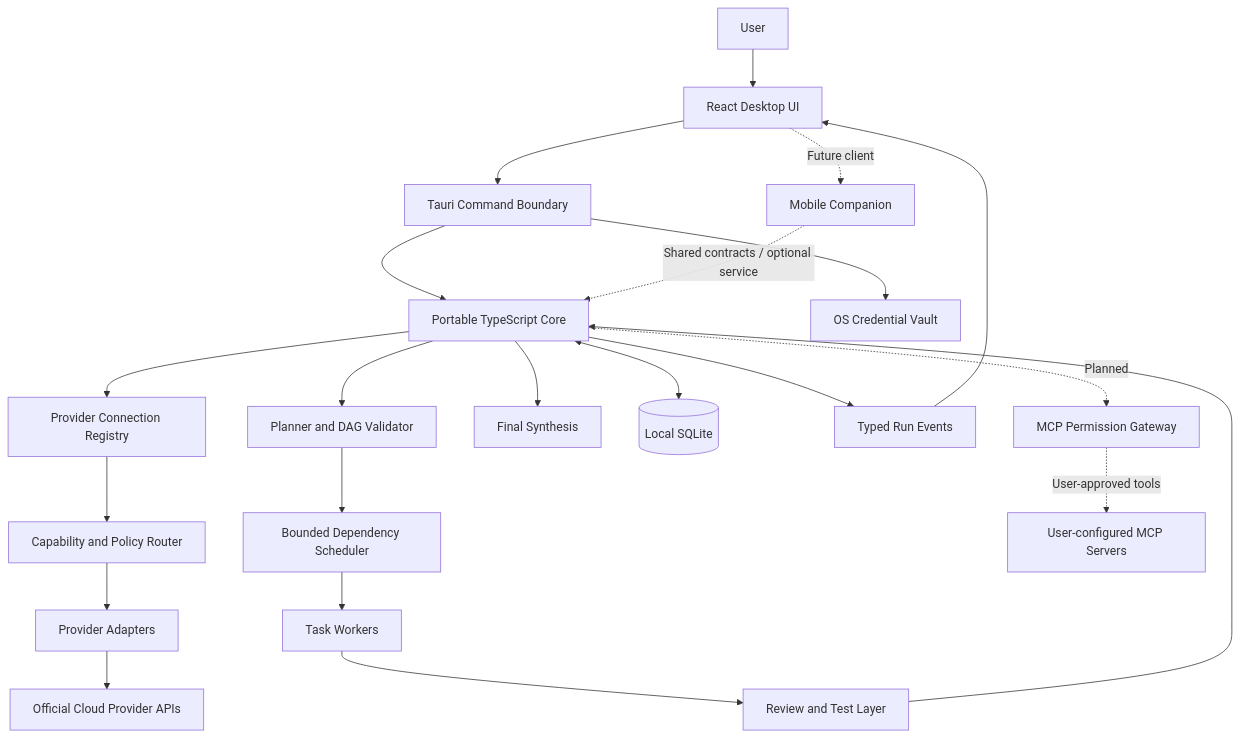
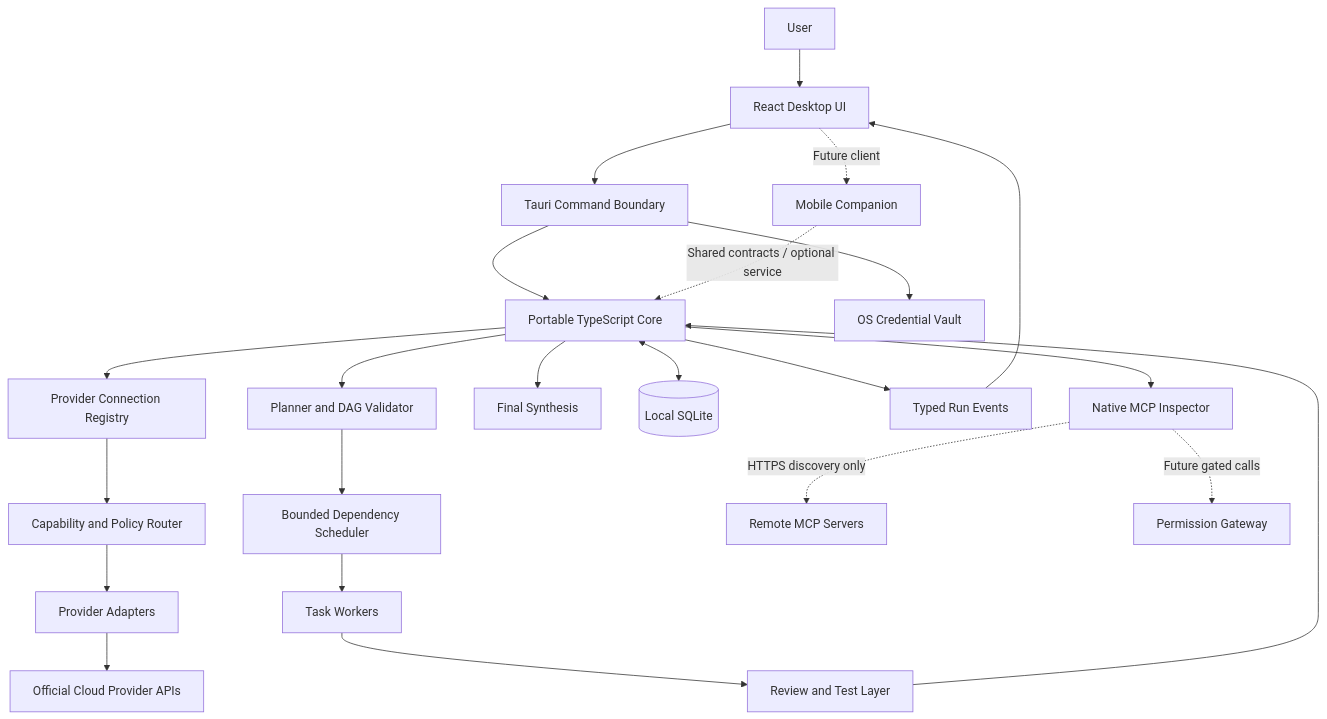
One commit to zakariasiad/OMNIMIND changed the diagram in docs/ARCHITECTURE.md. Above: the diagram before and after it, drawn with Mermaid. The commit also changed other lines of this file, not shown here.

Commit message:
docs: reflect limited native MCP inspector architecture

````diff
--- a/docs/ARCHITECTURE.md
+++ b/docs/ARCHITECTURE.md
@@ -15,24 +15,25 @@
 ```mermaid
 flowchart TD
     USER[User] --> UI[React Desktop UI]
     UI --> TAURI[Tauri Command Boundary]
     TAURI --> CORE[Portable TypeScript Core]
     TAURI --> VAULT[OS Credential Vault]
     CORE --> HUB[Provider Connection Registry]
     HUB --> ROUTER[Capability and Policy Router]
     ROUTER --> ADAPTERS[Provider Adapters]
     ADAPTERS --> CLOUD[Official Cloud Provider APIs]
     CORE --> PLANNER[Planner and DAG Validator]
     PLANNER --> SCHED[Bounded Dependency Scheduler]
     SCHED --> WORKERS[Task Workers]
     WORKERS --> REVIEW[Review and Test Layer]
     REVIEW --> CORE
     CORE --> SYNTH[Final Synthesis]
     CORE <--> DB[(Local SQLite)]
     CORE --> EVENTS[Typed Run Events]
     EVENTS --> UI
-    CORE -. Planned .-> MCP[MCP Permission Gateway]
-    MCP -. User-approved tools .-> SERVERS[User-configured MCP Servers]
+    CORE --> MCP[Native MCP Inspector]
+    MCP -. HTTPS discovery only .-> SERVERS[Remote MCP Servers]
+    MCP -. Future gated calls .-> TOOLS[Permission Gateway]
     UI -. Future client .-> MOBILE[Mobile Companion]
     MOBILE -. Shared contracts / optional service .-> CORE
 ```
````
